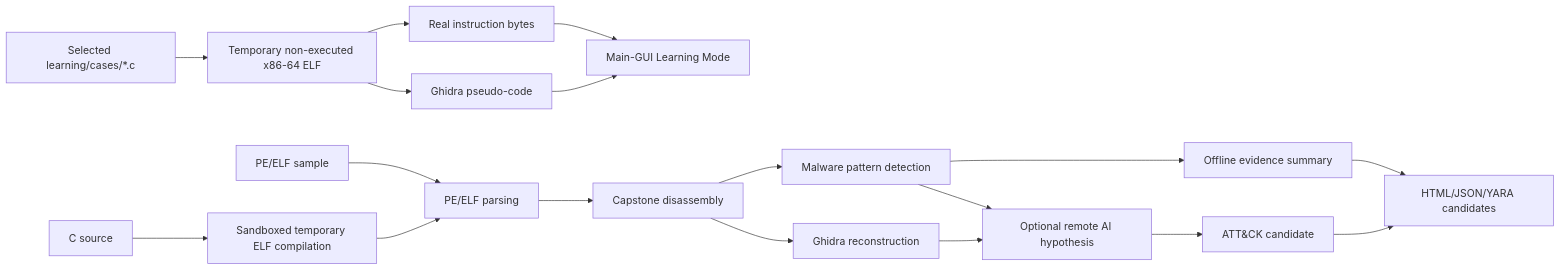
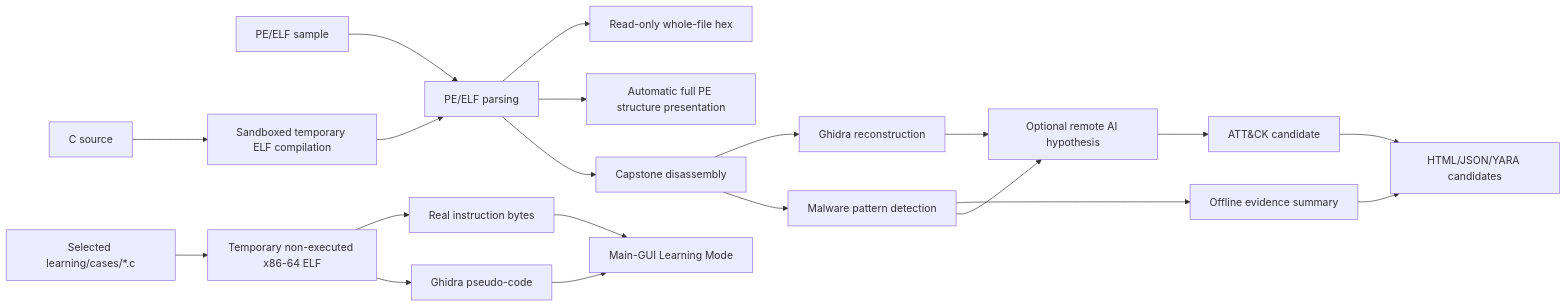
The diagram in README.md (anpa1200/AIDebug), drawn with Mermaid before and after one commit. The commit also changed other lines of this file and 73 other files, not shown here.

````diff
--- a/README.md
+++ b/README.md
@@ -382,20 +432,22 @@
 ```mermaid
 flowchart LR
   Sample[PE/ELF sample] --> Parse[PE/ELF parsing]
+  Parse --> HexView[Read-only whole-file hex]
+  Parse --> PEView[Automatic full PE structure presentation]
   Source[C source] --> Compile[Sandboxed temporary ELF compilation]
   Compile --> Parse
   Lesson[Selected learning/cases/*.c] --> LearnCompile[Temporary non-executed x86-64 ELF]
   LearnCompile --> LearnDisasm[Real instruction bytes]
   LearnCompile --> LearnGhidra[Ghidra pseudo-code]
   LearnDisasm --> LearnGUI[Main-GUI Learning Mode]
   LearnGhidra --> LearnGUI
   Parse --> Disasm[Capstone disassembly]
   Disasm --> Ghidra[Ghidra reconstruction]
   Disasm --> Patterns[Malware pattern detection]
   Patterns --> Offline[Offline evidence summary]
   Patterns --> Remote[Optional remote AI hypothesis]
   Ghidra --> Remote
   Remote --> Attack[ATT&CK candidate]
   Offline --> Report[HTML/JSON/YARA candidates]
   Attack --> Report
 ```
````
